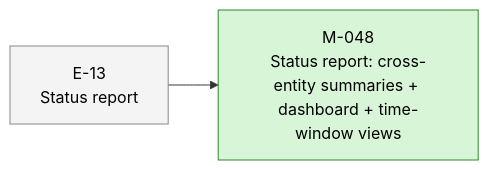
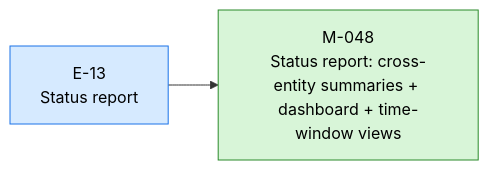
One commit to 23min/aiwf changed the first of 2 diagrams in STATUS.md. Above: the diagram before and after it, drawn with Mermaid. The commit also changed other lines of this file and 1 other file, not shown here.

First line of the commit message:
aiwf promote E-13 proposed -> active

````diff
--- a/STATUS.md
+++ b/STATUS.md
@@ -15,12 +11,12 @@
 ```mermaid
 flowchart LR
-  E_13["E-13<br/>Status report"]:::epic_proposed
+  E_13["E-13<br/>Status report"]:::epic_active
   M_048["M-048<br/>Status report: cross-entity summaries + dashboard + time-window views"]:::ms_done
   E_13 --> M_048
   classDef epic_active fill:#d6eaff,stroke:#1a73e8,color:#000
   classDef epic_proposed fill:#f4f4f4,stroke:#888,color:#000
   classDef ms_done fill:#d8f5d8,stroke:#2a8a2a,color:#000
   classDef ms_in_progress fill:#fff3c4,stroke:#caa400,color:#000
   classDef ms_draft fill:#f4f4f4,stroke:#888,color:#000
   classDef ms_cancelled fill:#fbeaea,stroke:#c33,color:#000
 ```
````
